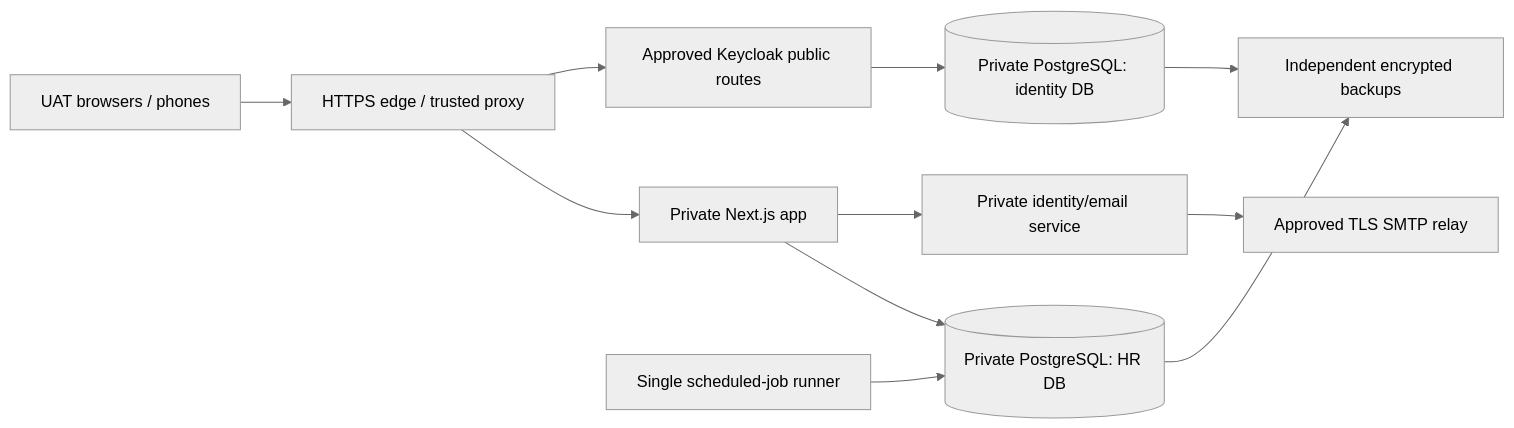
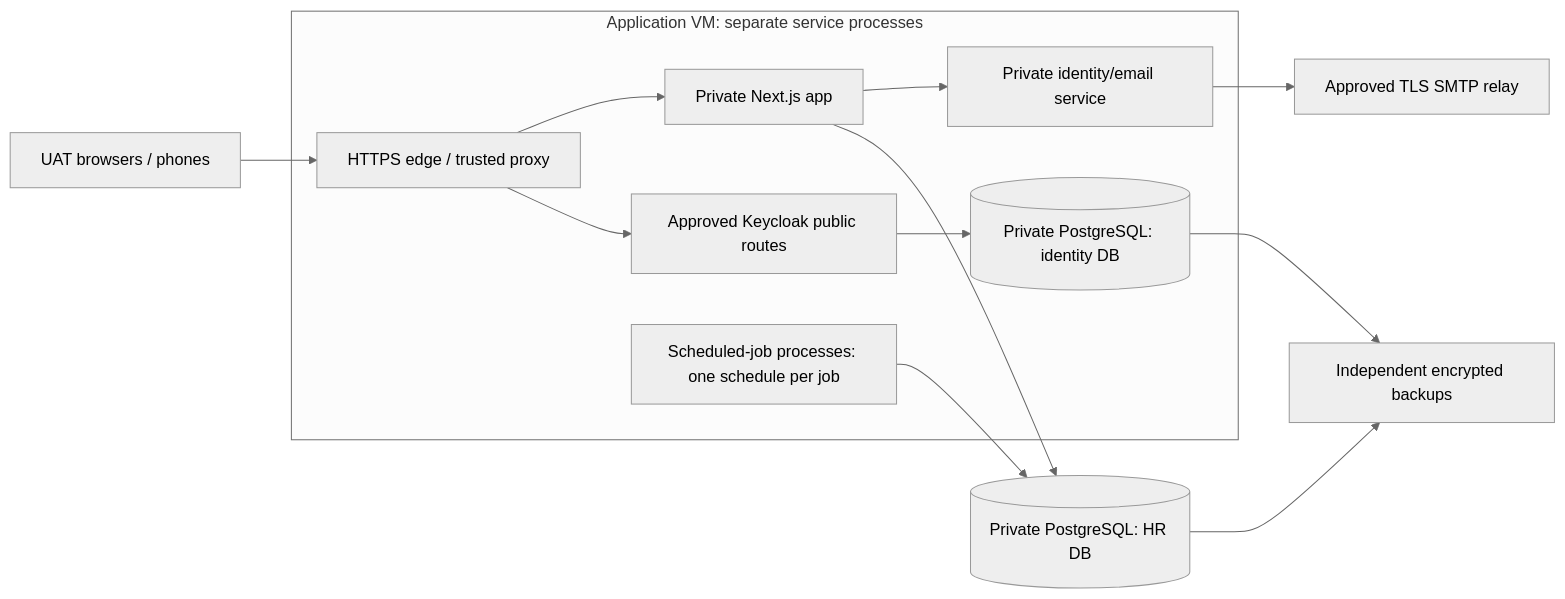
The diagram in deploy/UAT-HOSTING.md (StradaverseHub/ai-hr), drawn with Mermaid (neutral theme) before and after one commit. The commit also changed other lines of this file and 1 other file, not shown here.

Commit message:
Document colocated UAT jobs and the run monitoring contract

````diff
--- a/deploy/UAT-HOSTING.md
+++ b/deploy/UAT-HOSTING.md
@@ -52,13 +59,21 @@
 ```mermaid
 flowchart LR
-  U[UAT browsers / phones] --> E[HTTPS edge / trusted proxy]
-  E --> A[Private Next.js app]
-  E --> K[Approved Keycloak public routes]
+  U[UAT browsers / phones] --> E
+  subgraph H[Application VM: separate service processes]
+    E[HTTPS edge / trusted proxy]
+    A[Private Next.js app]
+    K[Approved Keycloak public routes]
+    I[(Private PostgreSQL: identity DB)]
+    J[Scheduled-job processes: one schedule per job]
+    M[Private identity/email service]
+    E --> A
+    E --> K
+    K --> I
+    A --> M
+  end
   A --> D[(Private PostgreSQL: HR DB)]
-  K --> I[(Private PostgreSQL: identity DB)]
-  J[Single scheduled-job runner] --> D
-  A --> M[Private identity/email service]
+  J --> D
   M --> S[Approved TLS SMTP relay]
   D --> B[Independent encrypted backups]
   I --> B
 ```
````
